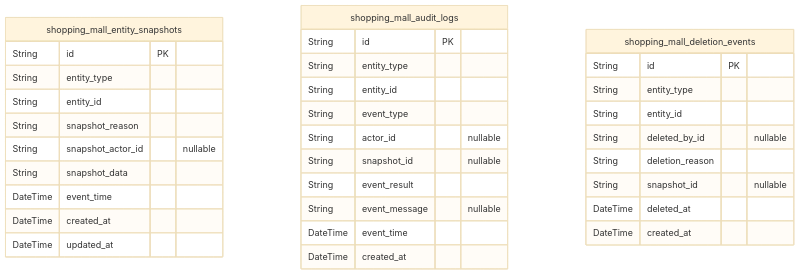
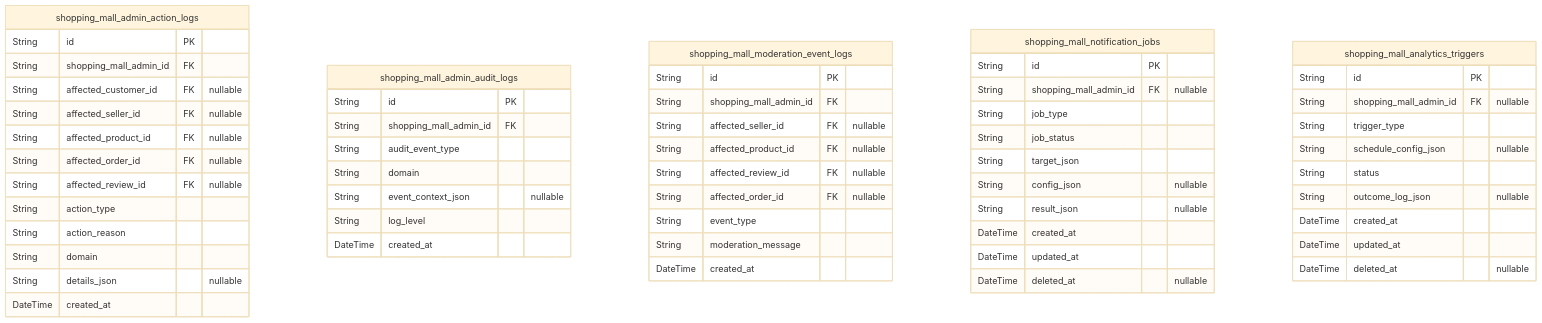
Before and after one commit to wrtnlabs/autobe-example-shopping-openai-gpt-4.1: the eighth of 9 diagrams in docs/ERD.md, drawn with Mermaid (base theme). The commit also changed other lines of this file and 1867 other files, not shown here.

````diff
--- a/docs/ERD.md
+++ b/docs/ERD.md
@@ -2603,36 +1599,60 @@
 ```mermaid
 erDiagram
-"shopping_mall_entity_snapshots" {
+"shopping_mall_admin_action_logs" {
   String id PK
-  String entity_type
-  String entity_id
-  String snapshot_reason
-  String snapshot_actor_id "nullable"
-  String snapshot_data
-  DateTime event_time
+  String shopping_mall_admin_id FK
+  String affected_customer_id FK "nullable"
+  String affected_seller_id FK "nullable"
+  String affected_product_id FK "nullable"
+  String affected_order_id FK "nullable"
+  String affected_review_id FK "nullable"
+  String action_type
+  String action_reason
+  String domain
+  String details_json "nullable"
+  DateTime created_at
+}
+"shopping_mall_admin_audit_logs" {
+  String id PK
+  String shopping_mall_admin_id FK
+  String audit_event_type
+  String domain
+  String event_context_json "nullable"
+  String log_level
+  DateTime created_at
+}
+"shopping_mall_moderation_event_logs" {
+  String id PK
+  String shopping_mall_admin_id FK
+  String affected_seller_id FK "nullable"
+  String affected_product_id FK "nullable"
+  String affected_review_id FK "nullable"
+  String affected_order_id FK "nullable"
+  String event_type
+  String moderation_message
+  DateTime created_at
+}
+"shopping_mall_notification_jobs" {
+  String id PK
+  String shopping_mall_admin_id FK "nullable"
+  String job_type
+  String job_status
+  String target_json
+  String config_json "nullable"
+  String result_json "nullable"
   DateTime created_at
   DateTime updated_at
+  DateTime deleted_at "nullable"
 }
-"shopping_mall_audit_logs" {
+"shopping_mall_analytics_triggers" {
   String id PK
-  String entity_type
-  String entity_id
-  String event_type
-  String actor_id "nullable"
-  String snapshot_id "nullable"
-  String event_result
-  String event_message "nullable"
-  DateTime event_time
+  String shopping_mall_admin_id FK "nullable"
+  String trigger_type
+  String schedule_config_json "nullable"
+  String status
+  String outcome_log_json "nullable"
   DateTime created_at
-}
-"shopping_mall_deletion_events" {
-  String id PK
-  String entity_type
-  String entity_id
-  String deleted_by_id "nullable"
-  String deletion_reason
-  String snapshot_id "nullable"
-  DateTime deleted_at
-  DateTime created_at
+  DateTime updated_at
+  DateTime deleted_at "nullable"
 }
 ```
````
